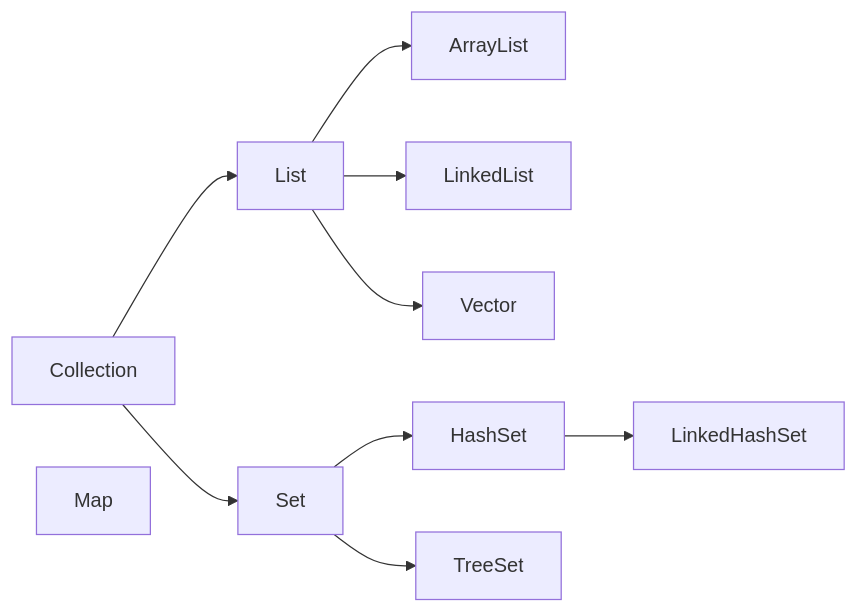
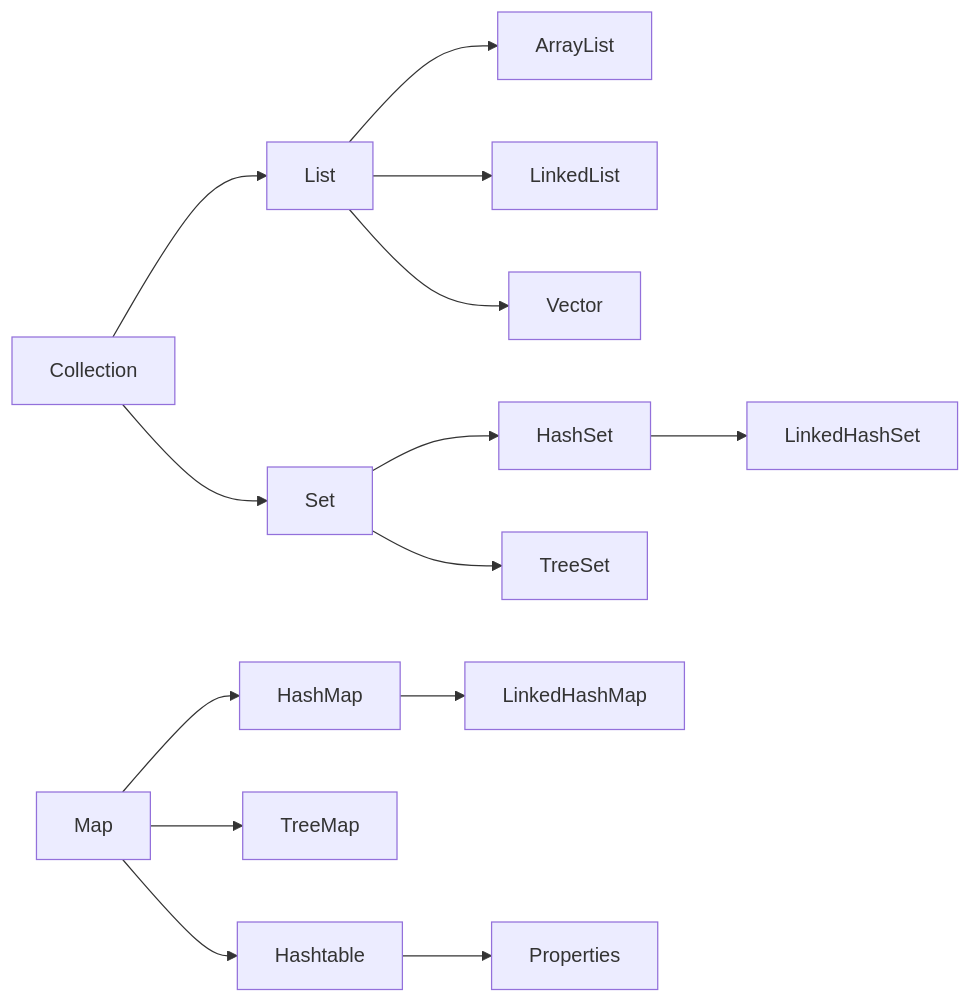
The second of 4 diagrams in Programming/Java.md (ZhouYuan123/PersonalNoteTaking), drawn with Mermaid before and after one commit. The commit also changed other lines of this file and 2 other files, not shown here.

````diff
--- a/Programming/Java.md
+++ b/Programming/Java.md
@@ -444,15 +457,20 @@
 ```mermaid
 graph LR;
 	A[Collection]
 	B[Map];
 	AA[List];
 	AB[Set];
 	A-->AA;
 	A-->AB;
 	AA-->ArrayList;
 	AA-->LinkedList;
 	AA-->Vector;
     AB-->HashSet;
     HashSet-->LinkedHashSet;
     AB-->TreeSet;
+    B-->HashMap;
+    HashMap-->LinkedHashMap;
+    B-->TreeMap;
+    B-->Hashtable;
+    Hashtable-->Properties;
 ```
````
